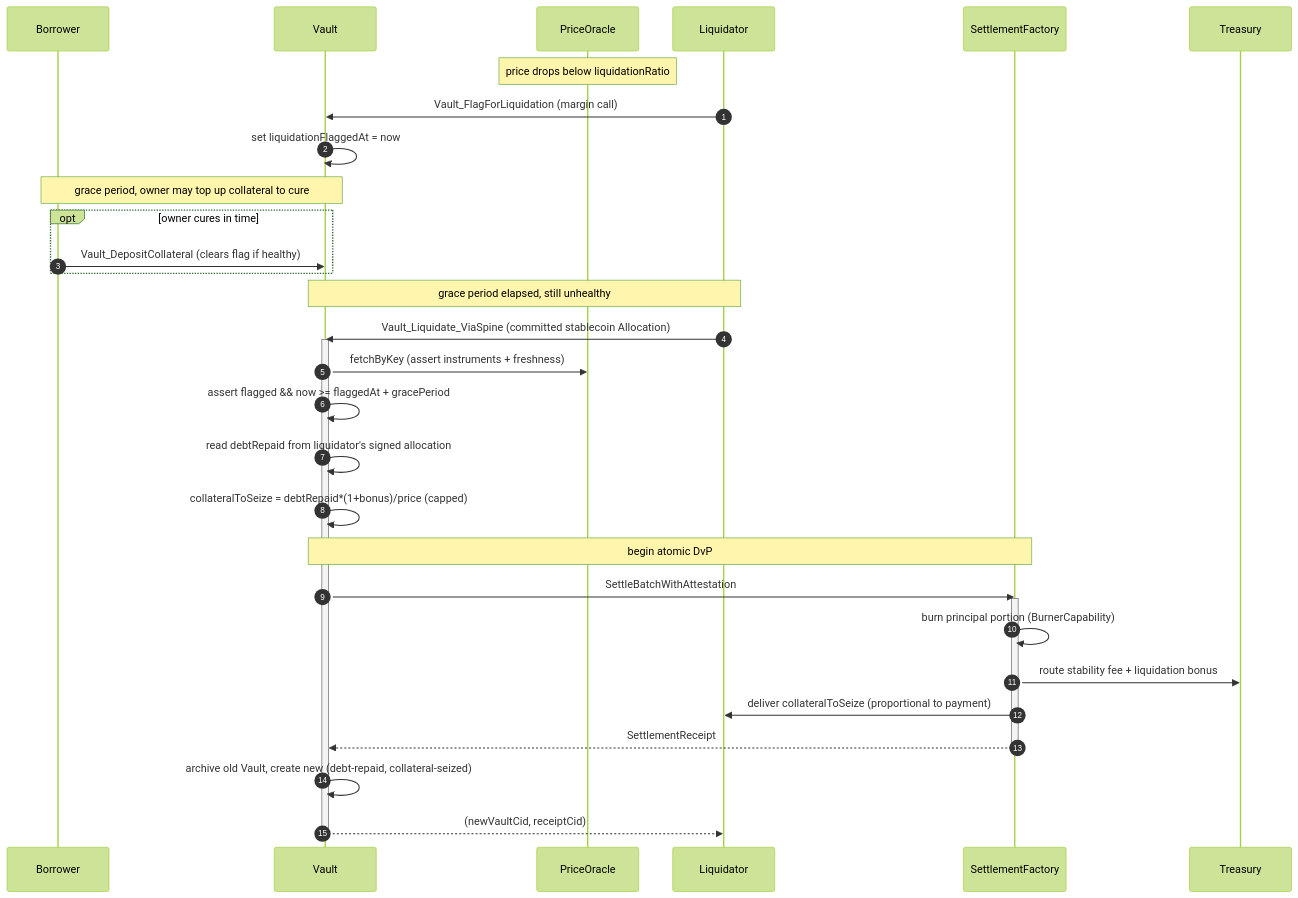
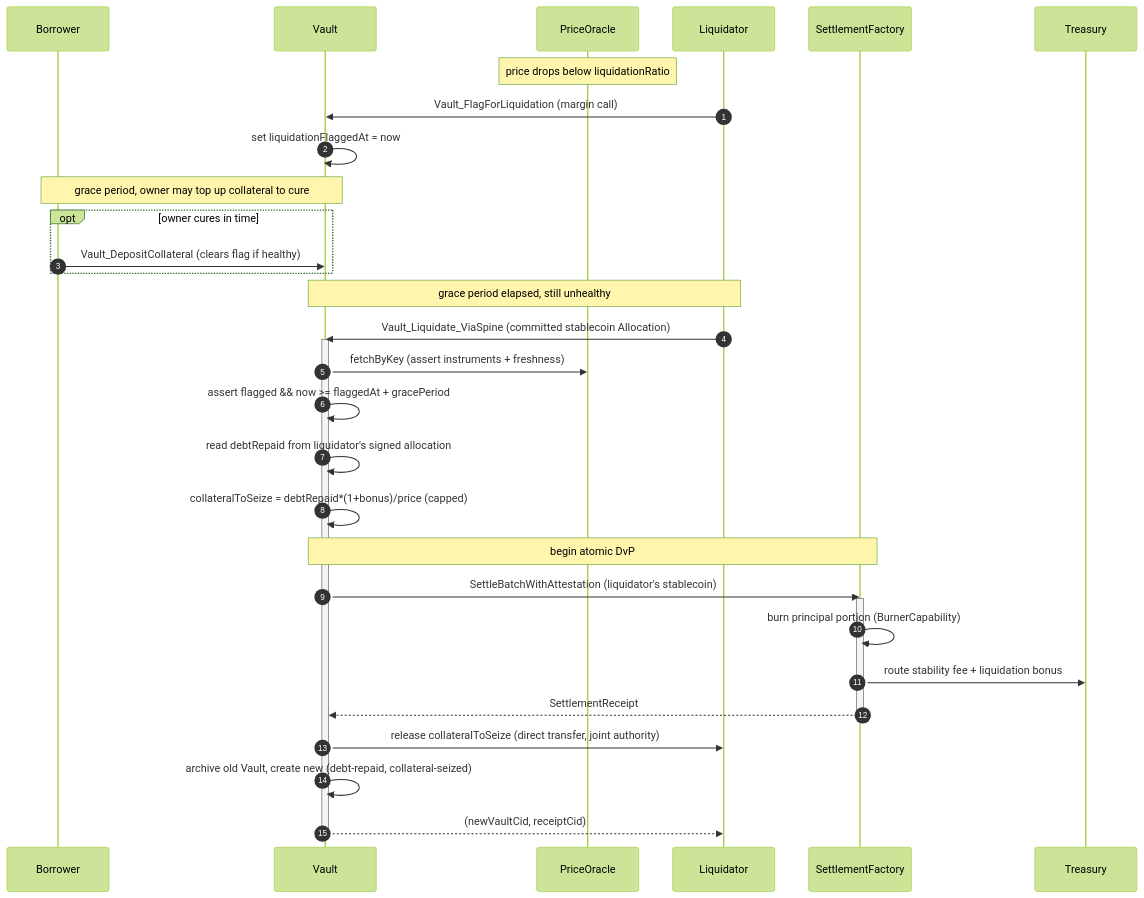
One commit to OpenZeppelin/canton-specs changed the fifth of 5 diagrams in docs/ri-reports/02-lending.md. Above: the diagram before and after it, drawn with Mermaid (forest theme). The commit also changed other lines of this file, not shown here.

````diff
--- a/docs/ri-reports/02-lending.md
+++ b/docs/ri-reports/02-lending.md
@@ -247,36 +233,36 @@
 ```mermaid
 sequenceDiagram
     autonumber
     participant B as Borrower
     participant V as Vault
     participant O as PriceOracle
     participant L as Liquidator
     participant SF as SettlementFactory
     participant T as Treasury
 
     note over O: price drops below liquidationRatio
     L->>V: Vault_FlagForLiquidation (margin call)
     V->>V: set liquidationFlaggedAt = now
     note over B,V: grace period, owner may top up collateral to cure
     opt owner cures in time
         B->>V: Vault_DepositCollateral (clears flag if healthy)
     end
     note over L,V: grace period elapsed, still unhealthy
     L->>V: Vault_Liquidate_ViaSpine (committed stablecoin Allocation)
     activate V
     V->>O: fetchByKey (assert instruments + freshness)
     V->>V: assert flagged && now >= flaggedAt + gracePeriod
     V->>V: read debtRepaid from liquidator's signed allocation
     V->>V: collateralToSeize = debtRepaid*(1+bonus)/price (capped)
     note over V,SF: begin atomic DvP
-    V->>SF: SettleBatchWithAttestation
+    V->>SF: SettleBatchWithAttestation (liquidator's stablecoin)
     activate SF
     SF->>SF: burn principal portion (BurnerCapability)
     SF->>T: route stability fee + liquidation bonus
-    SF->>L: deliver collateralToSeize (proportional to payment)
     SF-->>V: SettlementReceipt
     deactivate SF
+    V->>L: release collateralToSeize (direct transfer, joint authority)
     V->>V: archive old Vault, create new (debt-repaid, collateral-seized)
     V-->>L: (newVaultCid, receiptCid)
     deactivate V
 ```
````
